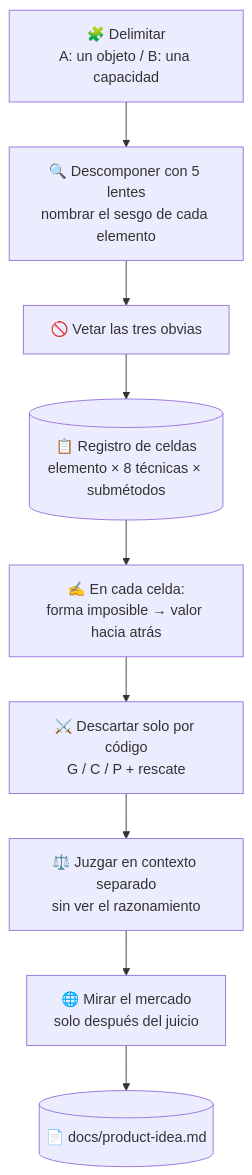
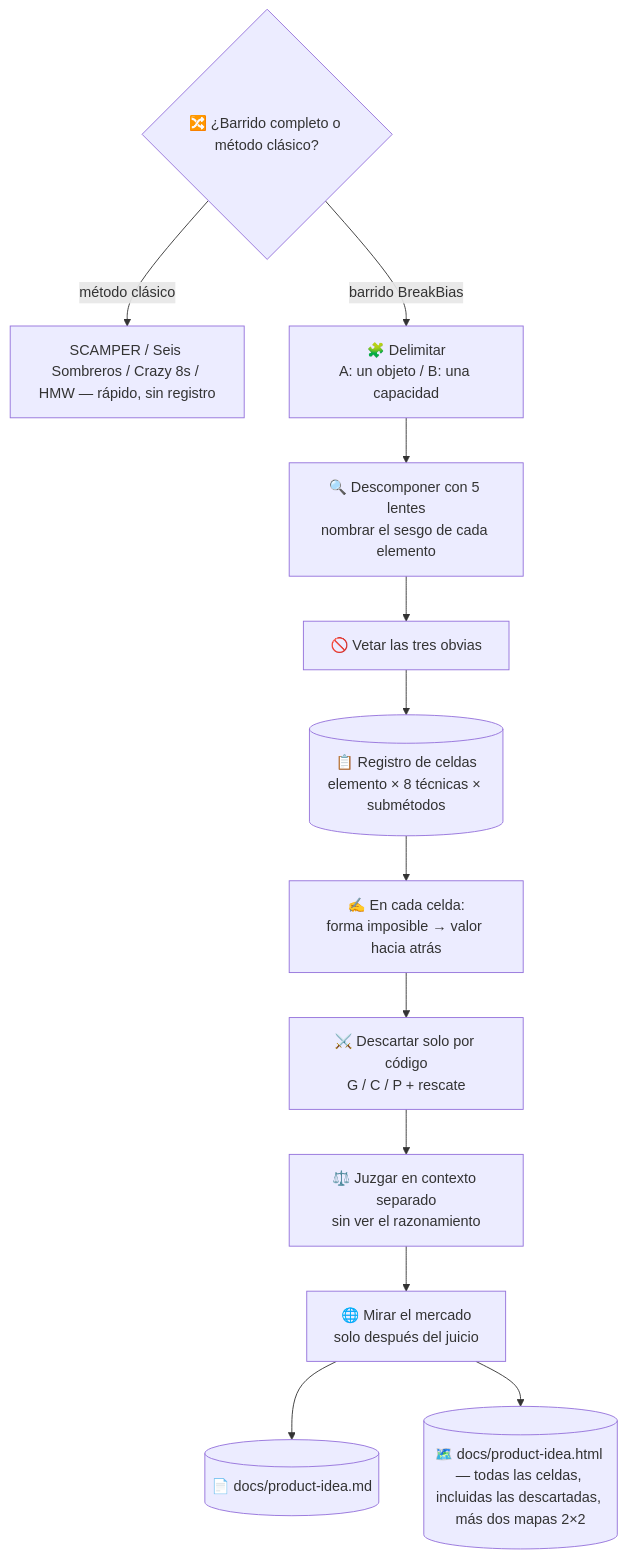
Before and after one commit to takaoumehara/superforge-skill: the diagram in skills/superforge-brain/README.es.md, drawn with Mermaid. The commit also changed other lines of this file and 21 other files, not shown here.

First line of the commit message:
Give BreakBias a choice of method and full transparency; add landing-page design knowledge (#2)

````diff
--- a/skills/superforge-brain/README.es.md
+++ b/skills/superforge-brain/README.es.md
@@ -27,11 +27,14 @@
 ```mermaid
 flowchart TD
-    A[🧩 Delimitar<br/>A: un objeto / B: una capacidad] --> B[🔍 Descomponer con 5 lentes<br/>nombrar el sesgo de cada elemento]
+    Z{🔀 ¿Barrido completo o método clásico?} -->|método clásico| ZC[SCAMPER / Seis Sombreros / Crazy 8s / HMW — rápido, sin registro]
+    Z -->|barrido BreakBias| A[🧩 Delimitar<br/>A: un objeto / B: una capacidad]
+    A --> B[🔍 Descomponer con 5 lentes<br/>nombrar el sesgo de cada elemento]
     B --> C[🚫 Vetar las tres obvias]
     C --> D[(📋 Registro de celdas<br/>elemento × 8 técnicas × submétodos)]
     D --> E[✍️ En cada celda:<br/>forma imposible → valor hacia atrás]
     E --> F[⚔️ Descartar solo por código<br/>G / C / P + rescate]
     F --> G[⚖️ Juzgar en contexto separado<br/>sin ver el razonamiento]
     G --> H[🌐 Mirar el mercado<br/>solo después del juicio]
     H --> I[(📄 docs/product-idea.md)]
+    H --> J[(🗺️ docs/product-idea.html — todas las celdas, incluidas las descartadas, más dos mapas 2×2)]
 ```
````
